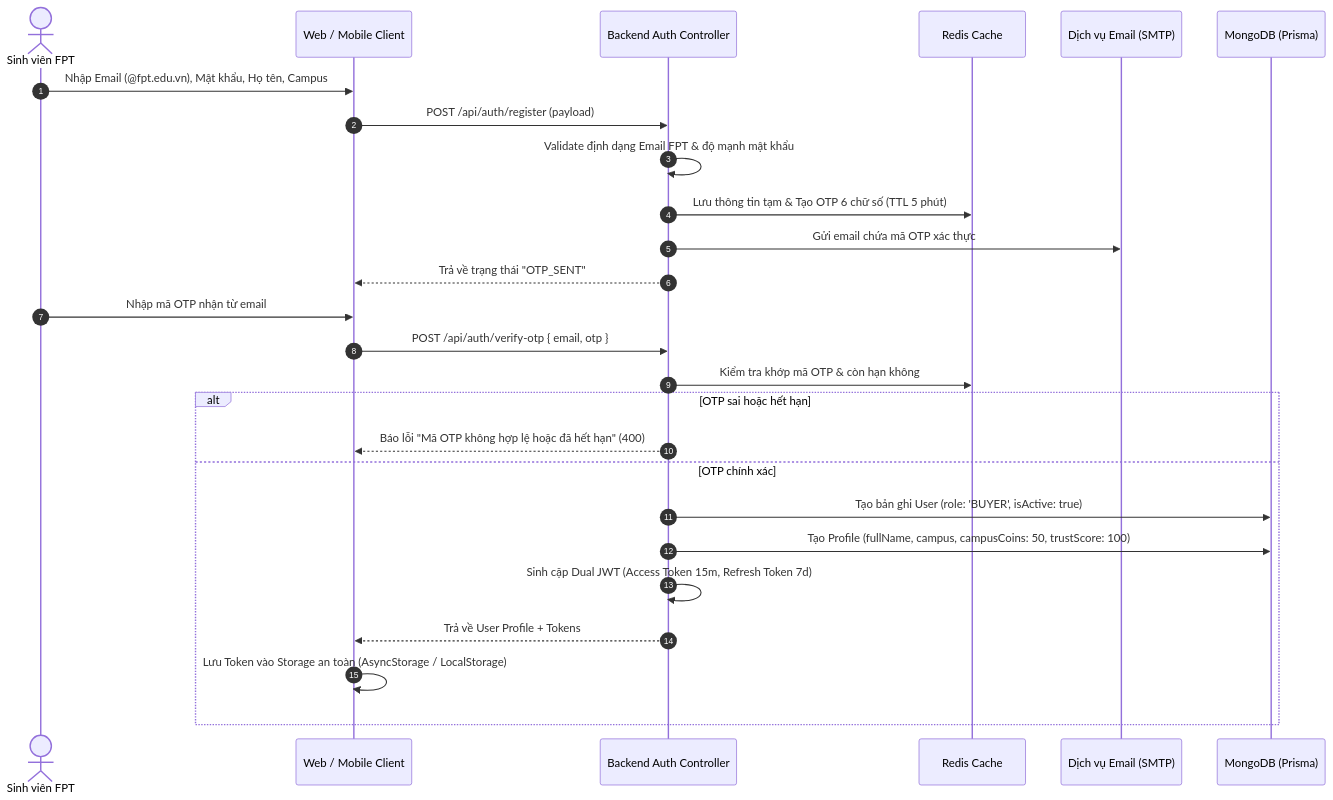
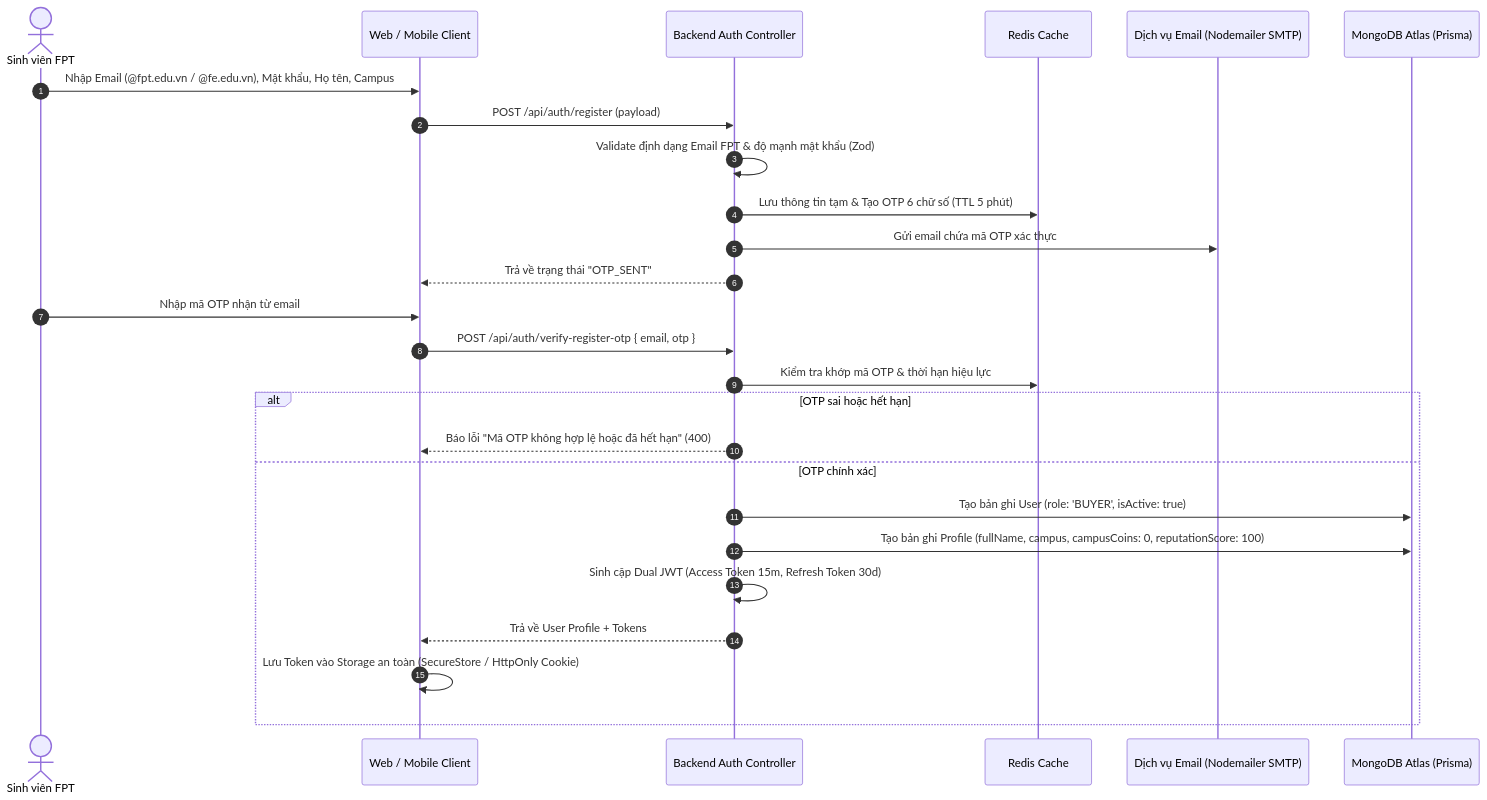
Before and after one commit to phongnha230/Market_FU: the second of 13 diagrams in PROJECT_FLOWS.md, drawn with Mermaid. The commit also changed other lines of this file and 11 other files, not shown here.

````diff
--- a/PROJECT_FLOWS.md
+++ b/PROJECT_FLOWS.md
@@ -76,30 +74,30 @@
 ```mermaid
 sequenceDiagram
     autonumber
     actor SV as Sinh viên FPT
     participant Client as Web / Mobile Client
     participant AuthAPI as Backend Auth Controller
     participant Redis as Redis Cache
-    participant Mail as Dịch vụ Email (SMTP)
-    participant DB as MongoDB (Prisma)
+    participant Mail as Dịch vụ Email (Nodemailer SMTP)
+    participant DB as MongoDB Atlas (Prisma)
 
-    SV->>Client: Nhập Email (@fpt.edu.vn), Mật khẩu, Họ tên, Campus
+    SV->>Client: Nhập Email (@fpt.edu.vn / @fe.edu.vn), Mật khẩu, Họ tên, Campus
     Client->>AuthAPI: POST /api/auth/register (payload)
-    AuthAPI->>AuthAPI: Validate định dạng Email FPT & độ mạnh mật khẩu
+    AuthAPI->>AuthAPI: Validate định dạng Email FPT & độ mạnh mật khẩu (Zod)
     AuthAPI->>Redis: Lưu thông tin tạm & Tạo OTP 6 chữ số (TTL 5 phút)
     AuthAPI->>Mail: Gửi email chứa mã OTP xác thực
     AuthAPI-->>Client: Trả về trạng thái "OTP_SENT"
   
     SV->>Client: Nhập mã OTP nhận từ email
-    Client->>AuthAPI: POST /api/auth/verify-otp { email, otp }
-    AuthAPI->>Redis: Kiểm tra khớp mã OTP & còn hạn không
+    Client->>AuthAPI: POST /api/auth/verify-register-otp { email, otp }
+    AuthAPI->>Redis: Kiểm tra khớp mã OTP & thời hạn hiệu lực
     alt OTP sai hoặc hết hạn
         AuthAPI-->>Client: Báo lỗi "Mã OTP không hợp lệ hoặc đã hết hạn" (400)
     else OTP chính xác
         AuthAPI->>DB: Tạo bản ghi User (role: 'BUYER', isActive: true)
-        AuthAPI->>DB: Tạo Profile (fullName, campus, campusCoins: 50, trustScore: 100)
-        AuthAPI->>AuthAPI: Sinh cặp Dual JWT (Access Token 15m, Refresh Token 7d)
+        AuthAPI->>DB: Tạo bản ghi Profile (fullName, campus, campusCoins: 0, reputationScore: 100)
+        AuthAPI->>AuthAPI: Sinh cặp Dual JWT (Access Token 15m, Refresh Token 30d)
         AuthAPI-->>Client: Trả về User Profile + Tokens
-        Client->>Client: Lưu Token vào Storage an toàn (AsyncStorage / LocalStorage)
+        Client->>Client: Lưu Token vào Storage an toàn (SecureStore / HttpOnly Cookie)
     end
 ```
````
